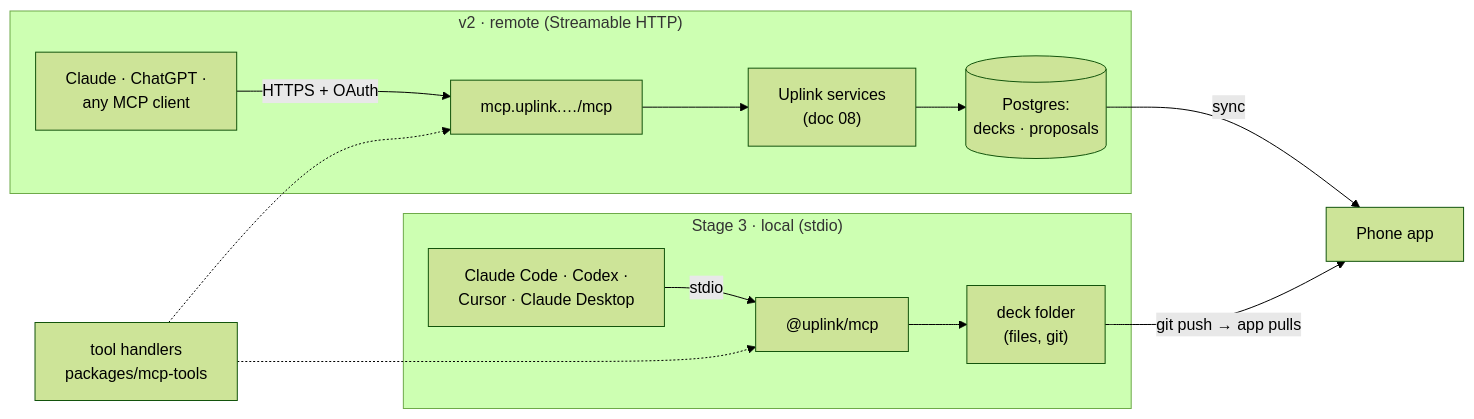
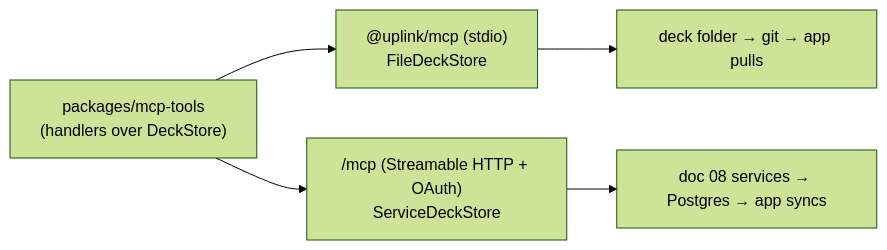
Before and after one commit to cameronvoell/uplink: the diagram in plans/07-llm-cards-into-the-app.md, drawn with Mermaid (forest theme). The commit also changed other lines of this file and 2 other files, not shown here.

Commit message:
Review plan 07: SDK v2 stable (Apache-2.0 from 2.3.0), requestState rules per spec, server/discover and cacheable lists, MCP Apps ChatGPT caveat, unreserved npm names, tool JSON to appendix

````diff
--- a/plans/07-llm-cards-into-the-app.md
+++ b/plans/07-llm-cards-into-the-app.md
@@ -92,16 +79,8 @@
 ```mermaid
 flowchart LR
-  subgraph Local["Stage 3 · local (stdio)"]
-    CC["Claude Code · Codex ·<br/>Cursor · Claude Desktop"] -- stdio --> LS["@uplink/mcp"]
-    LS --> FS["deck folder<br/>(files, git)"]
-  end
-  subgraph Hosted["v2 · remote (Streamable HTTP)"]
-    CH["Claude · ChatGPT ·<br/>any MCP client"] -- "HTTPS + OAuth" --> RS["mcp.uplink.…/mcp"]
-    RS --> SV["Uplink services<br/>(doc 08)"]
-    SV --> PG[("Postgres:<br/>decks · proposals")]
-  end
-  FS -- "git push → app pulls" --> APP["Phone app"]
-  PG -- "sync" --> APP
-  T["tool handlers<br/>packages/mcp-tools"] -.-> LS
-  T -.-> RS
+  T["packages/mcp-tools<br/>(handlers over DeckStore)"]
+  T --> LS["@uplink/mcp (stdio)<br/>FileDeckStore"]
+  T --> RS["/mcp (Streamable HTTP + OAuth)<br/>ServiceDeckStore"]
+  LS --> FS["deck folder → git → app pulls"]
+  RS --> SV["doc 08 services → Postgres → app syncs"]
 ```
````
